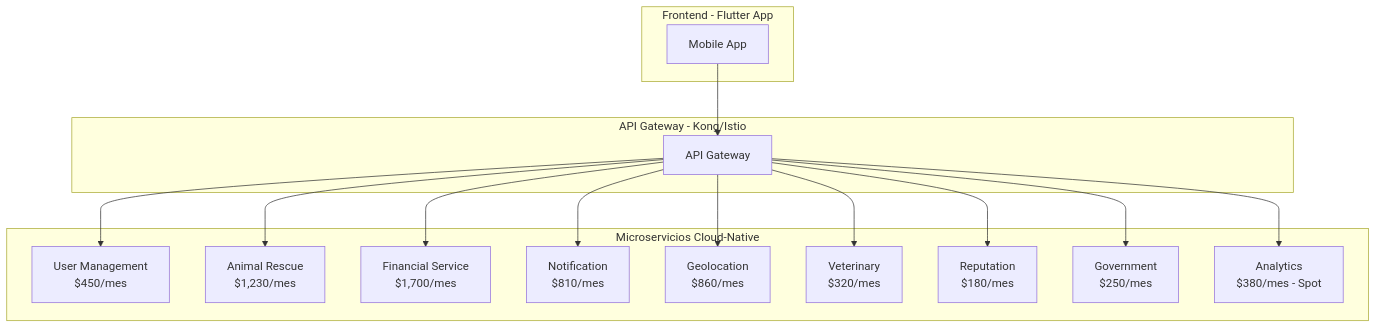
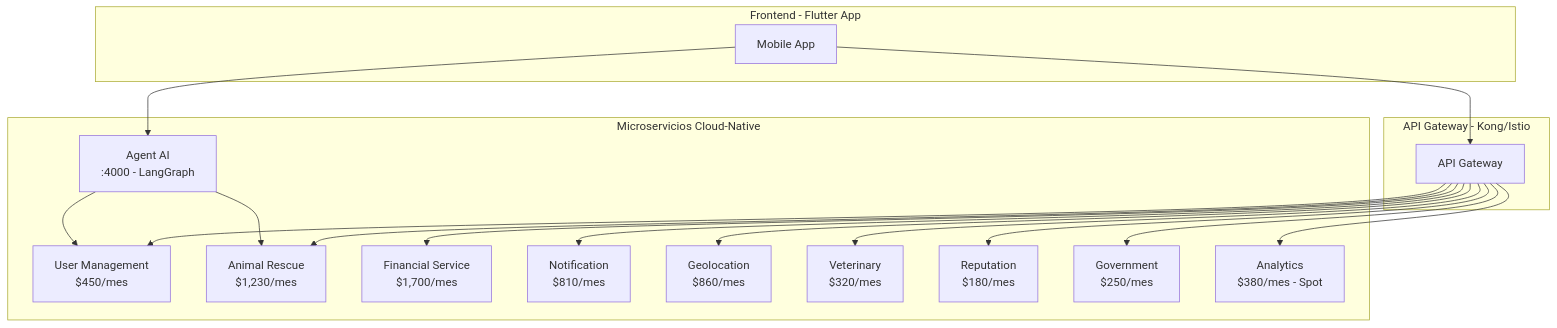
One commit to altrupets/monorepo changed the second of 2 diagrams in README.md. Above: the diagram before and after it, drawn with Mermaid. The commit also changed other lines of this file and 14 other files, not shown here.

First line of the commit message:
docs: align specs and README with architectural decisions from discrepancy audit

````diff
--- a/README.md
+++ b/README.md
@@ -1297,33 +1334,37 @@
 ```mermaid
 graph TB
     subgraph "Frontend - Flutter App"
         A[Mobile App]
     end
 
     subgraph "API Gateway - Kong/Istio"
         B[API Gateway]
     end
 
     subgraph "Microservicios Cloud-Native"
         C[User Management<br/>$450/mes]
         D[Animal Rescue<br/>$1,230/mes]
         E[Financial Service<br/>$1,700/mes]
         F[Notification<br/>$810/mes]
         G[Geolocation<br/>$860/mes]
         H[Veterinary<br/>$320/mes]
         I[Reputation<br/>$180/mes]
         J[Government<br/>$250/mes]
         K[Analytics<br/>$380/mes - Spot]
+        L[Agent AI<br/>:4000 - LangGraph]
     end
 
     A --> B
     B --> C
     B --> D
     B --> E
     B --> F
     B --> G
     B --> H
     B --> I
     B --> J
     B --> K
+    A --> L
+    L --> C
+    L --> D
 ```
````
